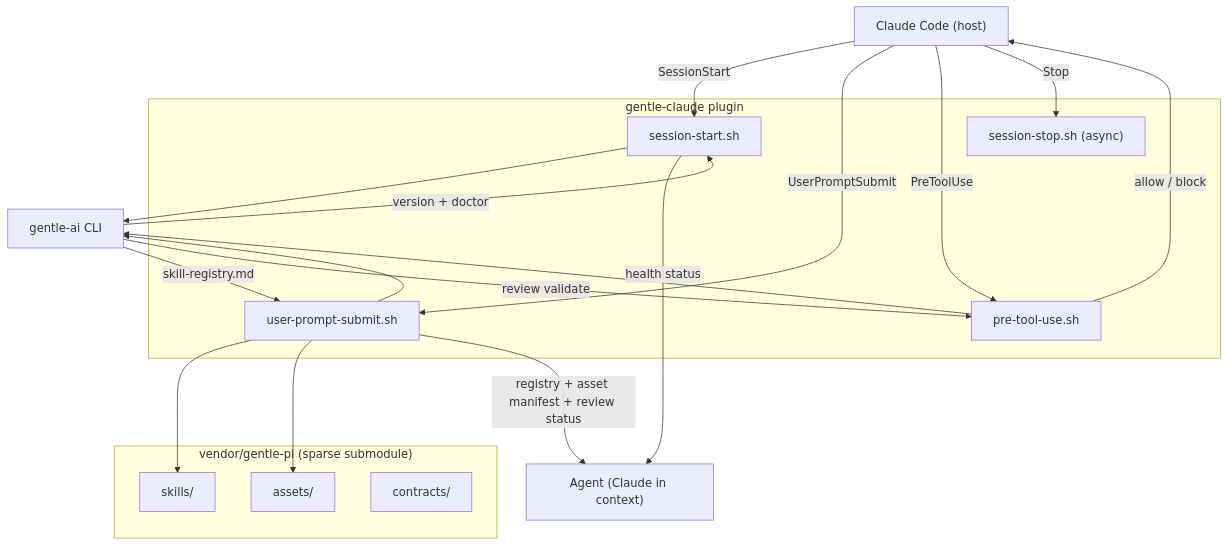
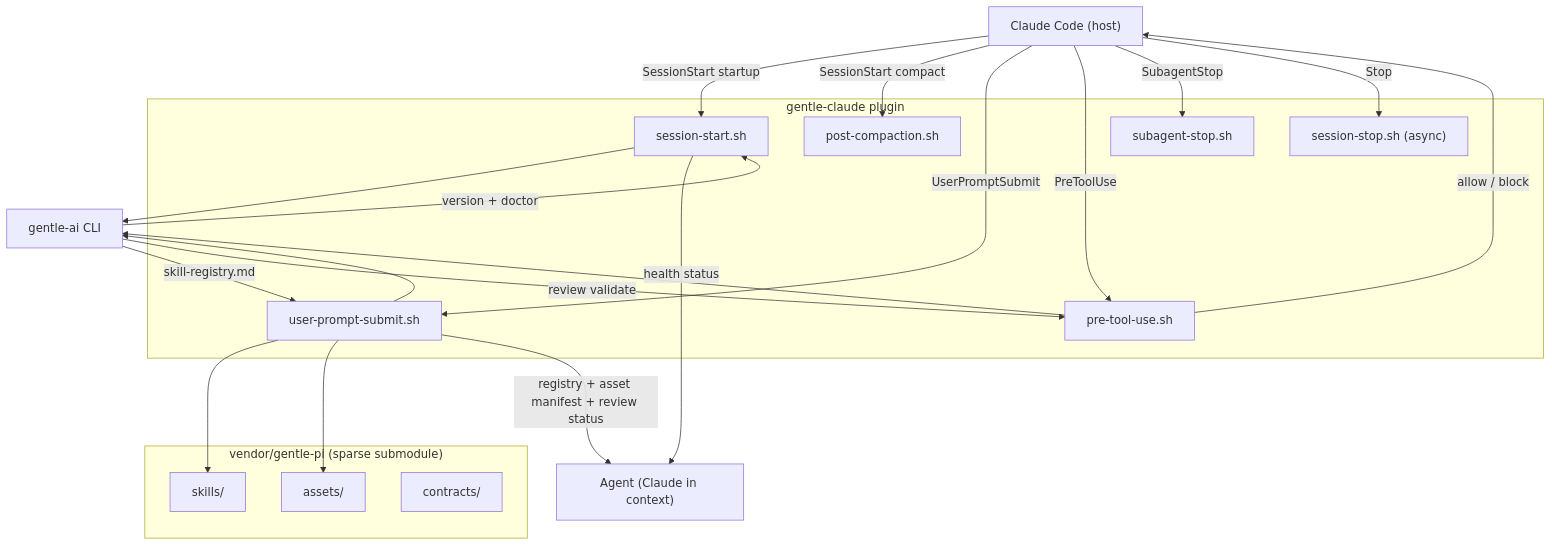
The first of 4 diagrams in docs/flow.md (Manuelcarbajal/gentle-harnesses), drawn with Mermaid before and after one commit. The commit also changed 6 other files, not shown here.

````diff
--- a/docs/flow.md
+++ b/docs/flow.md
@@ -7,39 +7,43 @@
 ```mermaid
 flowchart TD
     CC["Claude Code (host)"]
 
     subgraph plugin["gentle-claude plugin"]
         SS["session-start.sh"]
+        PC["post-compaction.sh"]
         UPS["user-prompt-submit.sh"]
         PTU["pre-tool-use.sh"]
+        AGS["subagent-stop.sh"]
         STO["session-stop.sh (async)"]
     end
 
     subgraph vendor["vendor/gentle-pi (sparse submodule)"]
         VS["skills/"]
         VA["assets/"]
         VC["contracts/"]
     end
 
     GA["gentle-ai CLI"]
     AGENT["Agent (Claude in context)"]
 
-    CC -->|SessionStart| SS
+    CC -->|SessionStart startup| SS
+    CC -->|SessionStart compact| PC
     CC -->|UserPromptSubmit| UPS
     CC -->|PreToolUse| PTU
+    CC -->|SubagentStop| AGS
     CC -->|Stop| STO
 
     SS --> GA
     GA -->|version + doctor| SS
     SS -->|health status| AGENT
 
     UPS --> GA
     GA -->|skill-registry.md| UPS
     UPS --> VS
     UPS --> VA
     UPS -->|registry + asset manifest + review status| AGENT
 
     PTU --> GA
     GA -->|review validate| PTU
     PTU -->|allow / block| CC
 ```
````
